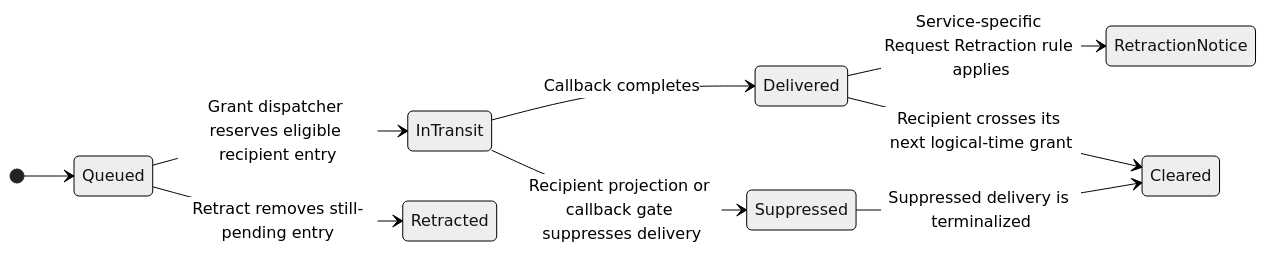
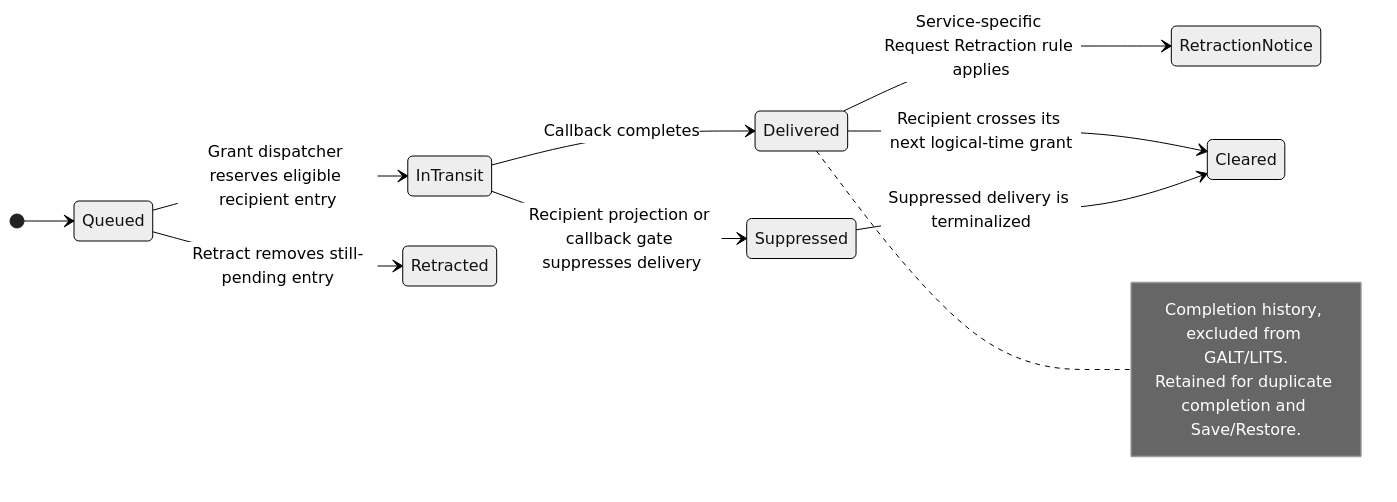
Diagram 19 of 30 in docs/design/HLA-2025-TIME-MANAGEMENT-GUIDE.md (sheepfling/umbra), drawn with Mermaid (neutral theme) before and after one commit. The commit also changed other lines of this file and 39 other files, not shown here.

Commit message:
Document IEEE 1516.1-2025 behavior flows

````diff
--- a/docs/design/HLA-2025-TIME-MANAGEMENT-GUIDE.md
+++ b/docs/design/HLA-2025-TIME-MANAGEMENT-GUIDE.md
@@ -527,12 +1307,16 @@
 ```mermaid
 stateDiagram-v2
   direction LR
   [*] --> Queued
   Queued --> InTransit: Grant dispatcher reserves eligible recipient entry
   Queued --> Retracted: Retract removes still-pending entry
   InTransit --> Delivered: Callback completes
   InTransit --> Suppressed: Recipient projection or callback gate suppresses delivery
   Delivered --> RetractionNotice: Service-specific Request Retraction rule applies
   Delivered --> Cleared: Recipient crosses its next logical-time grant
   Suppressed --> Cleared: Suppressed delivery is terminalized
+  note right of Delivered
+    Completion history, excluded from GALT/LITS.
+    Retained for duplicate completion and Save/Restore.
+  end note
 ```
````
